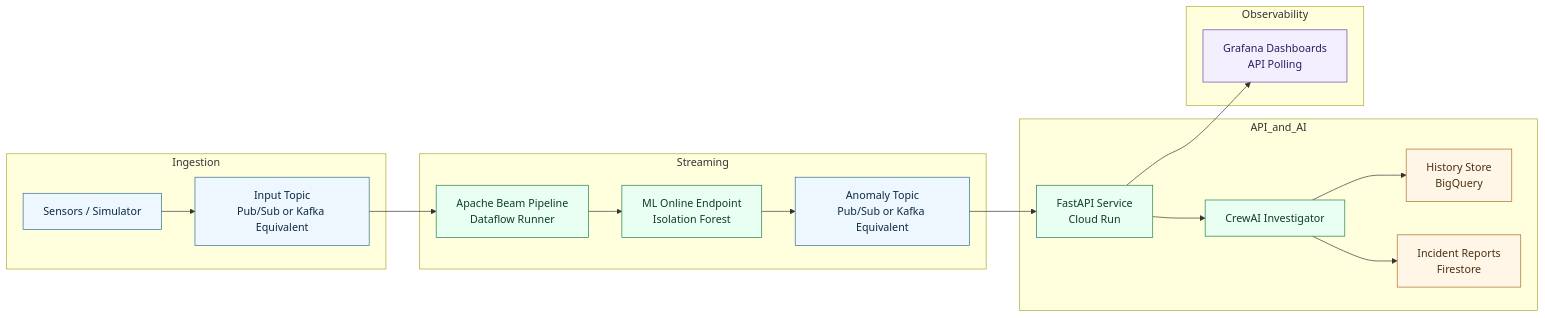
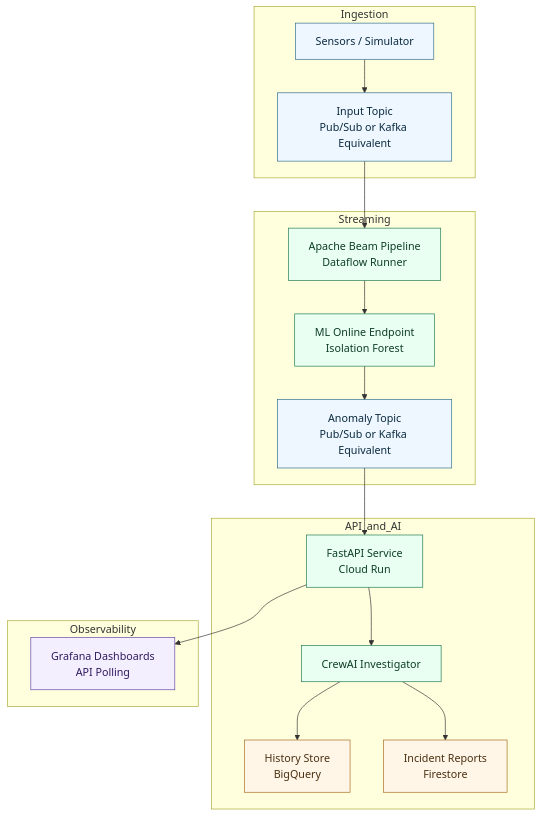
One commit to abhishekkr9/iot-anomaly-reliability changed the diagram in README.md. Above: the diagram before and after it, drawn with Mermaid. The commit also changed other lines of this file, not shown here.

````diff
--- a/README.md
+++ b/README.md
@@ -49,43 +49,38 @@
 ```mermaid
-flowchart LR
+flowchart TB
   classDef edge fill:#eef7ff,stroke:#2f6b8a,stroke-width:1px,color:#0b2b40;
   classDef compute fill:#e8fff1,stroke:#1f7a4f,stroke-width:1px,color:#0f3d2a;
   classDef store fill:#fff6e8,stroke:#a86a1f,stroke-width:1px,color:#4a2f10;
   classDef obs fill:#f4efff,stroke:#6443a8,stroke-width:1px,color:#2f1b5f;
 
   subgraph Ingestion
     S[Sensors / Simulator]:::edge
     T1[Input Topic\nPub/Sub or Kafka Equivalent]:::edge
     S --> T1
   end
 
   subgraph Streaming
     B[Apache Beam Pipeline\nDataflow Runner]:::compute
     V[ML Online Endpoint\nIsolation Forest]:::compute
     T2[Anomaly Topic\nPub/Sub or Kafka Equivalent]:::edge
     T1 --> B
     B --> V
     V --> T2
   end
 
   subgraph API_and_AI
     A[FastAPI Service\nCloud Run]:::compute
     C[CrewAI Investigator]:::compute
     Q[History Store\nBigQuery]:::store
     F[Incident Reports\nFirestore]:::store
     T2 --> A
     A --> C
     C --> Q
     C --> F
   end
 
   subgraph Observability
     G[Grafana Dashboards\nAPI Polling]:::obs
     A --> G
   end
-
-  click B "src/pipeline/run.py" "Open Beam pipeline entrypoint"
-  click A "src/api/app.py" "Open FastAPI app"
-  click C "src/agents/investigator.py" "Open CrewAI investigator"
-  click F "src/api/routes/anomalies.py" "Open anomalies API route"
 ```
````
